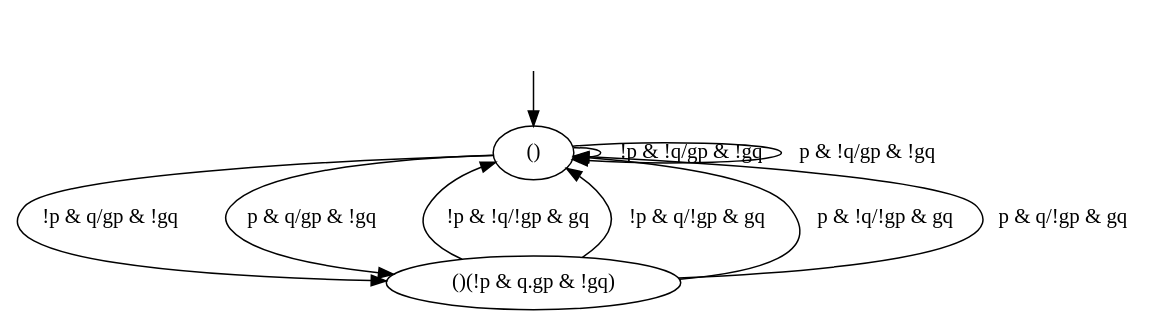
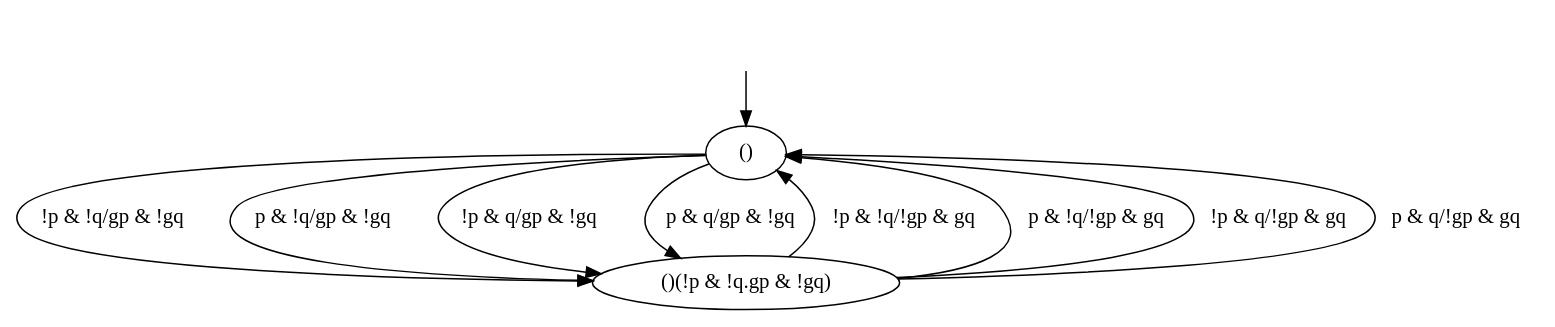
The diagram in sample/examples/example1.dot (mrudu/synth-learn), drawn with Graphviz before and after one commit. The commit also changed 7 other files, not shown here.

```diff
--- a/sample/examples/example1.dot
+++ b/sample/examples/example1.dot
@@ -1,14 +1,14 @@
 digraph "examples/example1" {
 "()" [label="()"];
-"()(!p & q.gp & !gq)" [label="()(!p & q.gp & !gq)"];
-"()" -> "()"  [label="!p & !q/gp & !gq"];
-"()" -> "()"  [label="p & !q/gp & !gq"];
-"()" -> "()(!p & q.gp & !gq)"  [label="!p & q/gp & !gq"];
-"()" -> "()(!p & q.gp & !gq)"  [label="p & q/gp & !gq"];
-"()(!p & q.gp & !gq)" -> "()"  [label="!p & !q/!gp & gq"];
-"()(!p & q.gp & !gq)" -> "()"  [label="!p & q/!gp & gq"];
-"()(!p & q.gp & !gq)" -> "()"  [label="p & !q/!gp & gq"];
-"()(!p & q.gp & !gq)" -> "()"  [label="p & q/!gp & gq"];
+"()(!p & !q.gp & !gq)" [label="()(!p & !q.gp & !gq)"];
+"()" -> "()(!p & !q.gp & !gq)"  [label="!p & !q/gp & !gq"];
+"()" -> "()(!p & !q.gp & !gq)"  [label="p & !q/gp & !gq"];
+"()" -> "()(!p & !q.gp & !gq)"  [label="!p & q/gp & !gq"];
+"()" -> "()(!p & !q.gp & !gq)"  [label="p & q/gp & !gq"];
+"()(!p & !q.gp & !gq)" -> "()"  [label="!p & !q/!gp & gq"];
+"()(!p & !q.gp & !gq)" -> "()"  [label="p & !q/!gp & gq"];
+"()(!p & !q.gp & !gq)" -> "()"  [label="!p & q/!gp & gq"];
+"()(!p & !q.gp & !gq)" -> "()"  [label="p & q/!gp & gq"];
 __start0 [label="", shape=none];
 __start0 -> "()"  [label=""];
 }
```
